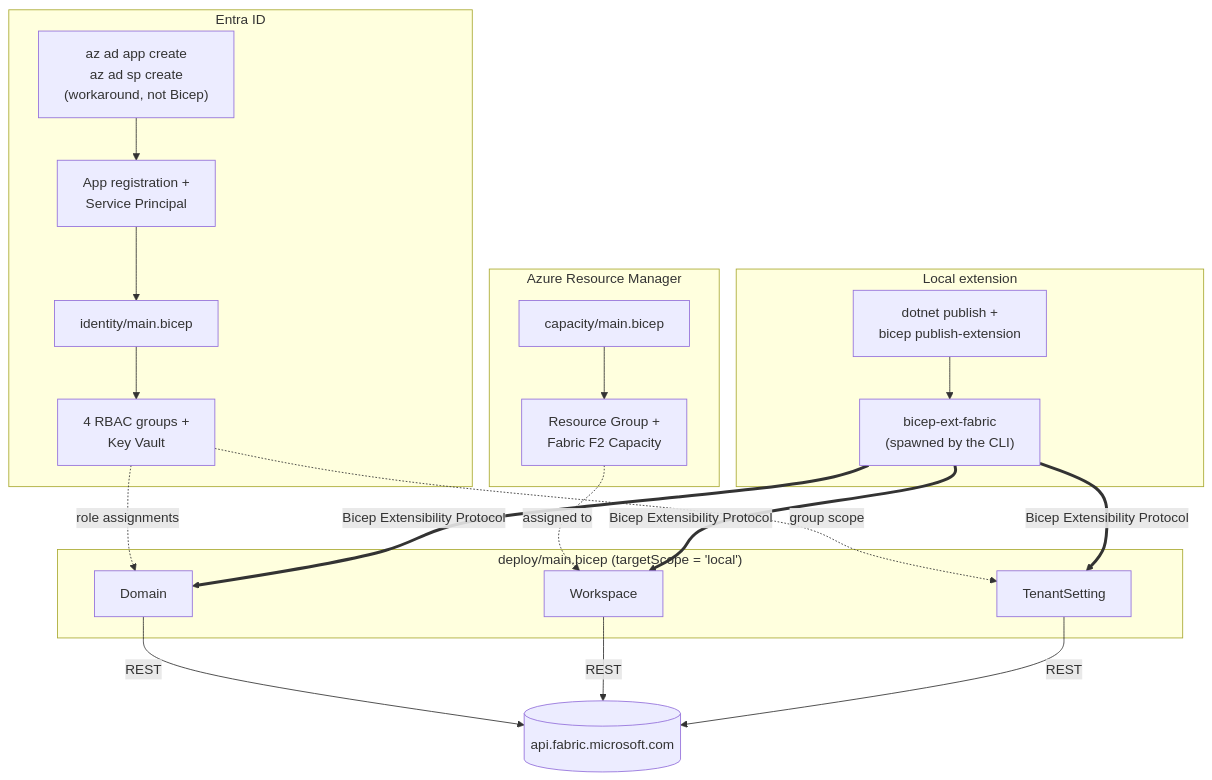
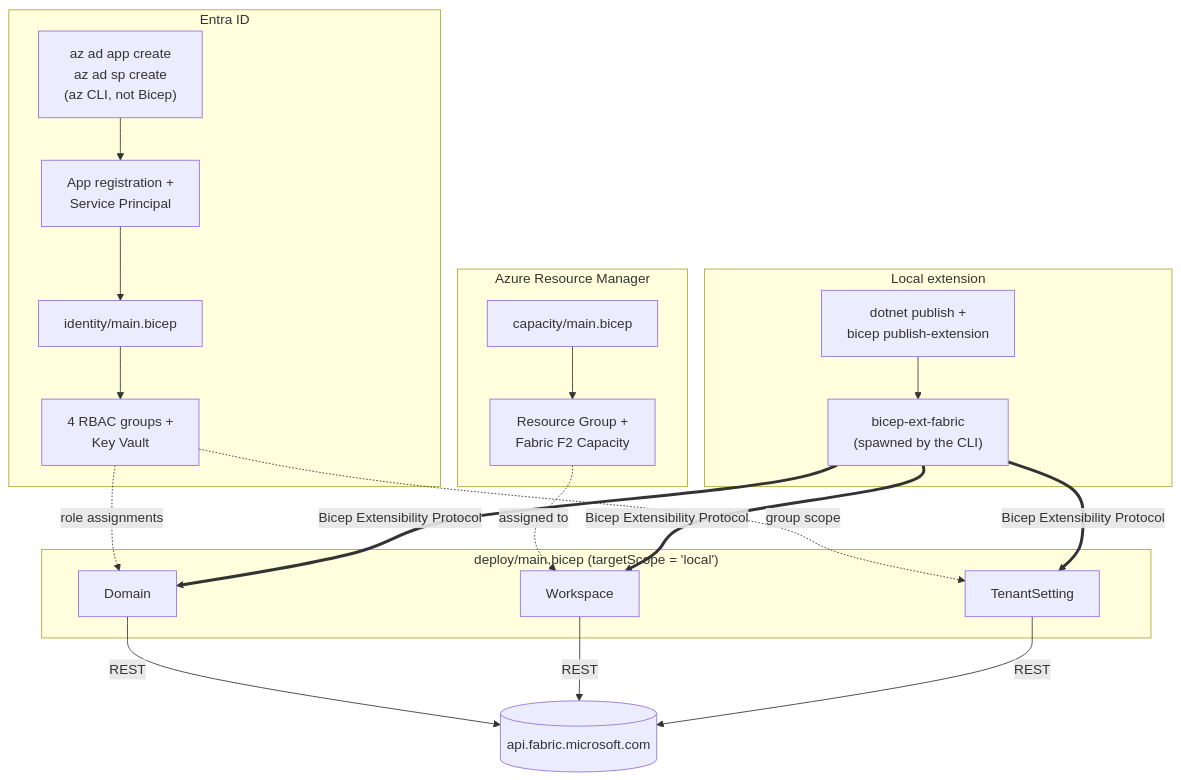
Before and after one commit to awood-ops/bicep-fabric-extension: the diagram in README.md, drawn with Mermaid. The commit also changed other lines of this file, not shown here.

First line of the commit message:
Drop the Graph extension limitation section

````diff
--- a/README.md
+++ b/README.md
@@ -78,33 +78,33 @@
 ```mermaid
 flowchart TD
     subgraph arm["Azure Resource Manager"]
         cap["capacity/main.bicep"] --> rg["Resource Group +<br/>Fabric F2 Capacity"]
     end
 
     subgraph entra["Entra ID"]
-        cli["az ad app create<br/>az ad sp create<br/>(workaround, not Bicep)"] --> sp["App registration +<br/>Service Principal"]
+        cli["az ad app create<br/>az ad sp create<br/>(az CLI, not Bicep)"] --> sp["App registration +<br/>Service Principal"]
         sp --> id["identity/main.bicep"]
         id --> groups["4 RBAC groups +<br/>Key Vault"]
     end
 
     subgraph ext["Local extension"]
         build["dotnet publish +<br/>bicep publish-extension"] --> bin["bicep-ext-fabric<br/>(spawned by the CLI)"]
     end
 
     subgraph local["deploy/main.bicep (targetScope = 'local')"]
         dom["Domain"]
         ws["Workspace"]
         ts["TenantSetting"]
     end
 
     rg -. assigned to .-> ws
     groups -. role assignments .-> dom
     groups -. group scope .-> ts
     bin ==>|Bicep Extensibility Protocol| dom
     bin ==>|Bicep Extensibility Protocol| ws
     bin ==>|Bicep Extensibility Protocol| ts
 
     dom -->|REST| fabric[("api.fabric.microsoft.com")]
     ws -->|REST| fabric
     ts -->|REST| fabric
 ```
````
